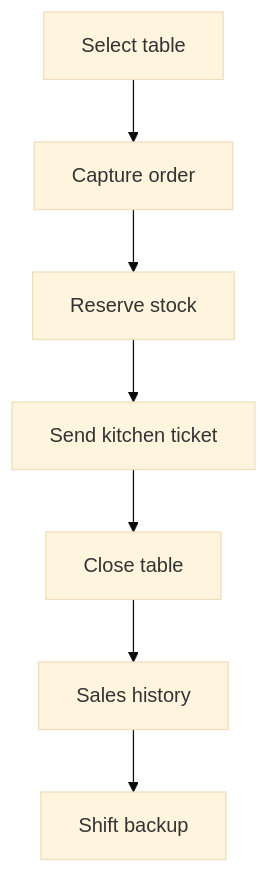
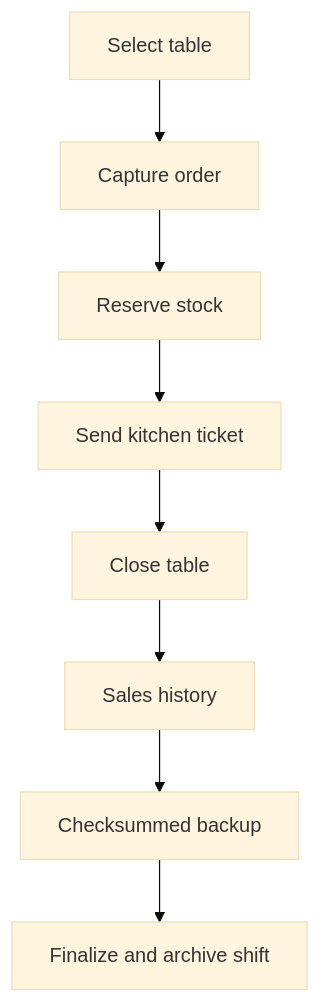
Before and after one commit to Jsantiagom11/rumi-wawqi-pos: the diagram in README.md, drawn with Mermaid (base theme). The commit also changed other lines of this file and 5 other files, not shown here.

````diff
--- a/README.md
+++ b/README.md
@@ -28,9 +30,10 @@
 ```mermaid
 flowchart TD
     A[Select table] --> B[Capture order]
     B --> C[Reserve stock]
     C --> D[Send kitchen ticket]
     D --> E[Close table]
     E --> F[Sales history]
-    F --> G[Shift backup]
+    F --> G[Checksummed backup]
+    G --> H[Finalize and archive shift]
 ```
````
